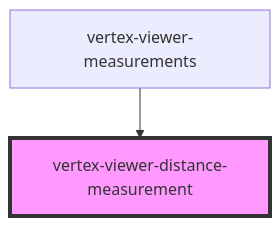
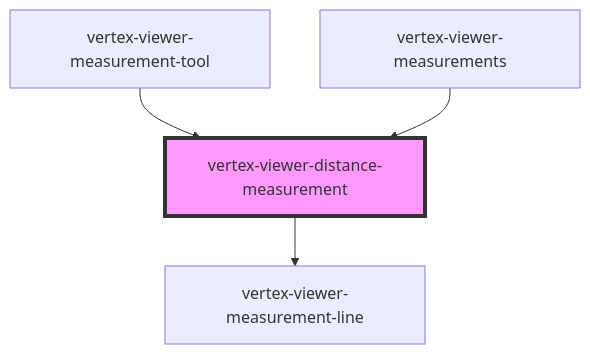
The diagram in packages/viewer/src/components/viewer-distance-measurement/readme.md (Vertexvis/vertex-web-sdk), drawn with Mermaid before and after one commit. The commit also changed other lines of this file and 20 other files, not shown here.

````diff
--- a/packages/viewer/src/components/viewer-distance-measurement/readme.md
+++ b/packages/viewer/src/components/viewer-distance-measurement/readme.md
@@ -191,5 +199,7 @@
 ```mermaid
 graph TD;
+  vertex-viewer-distance-measurement --> vertex-viewer-measurement-line
+  vertex-viewer-measurement-tool --> vertex-viewer-distance-measurement
   vertex-viewer-measurements --> vertex-viewer-distance-measurement
   style vertex-viewer-distance-measurement fill:#f9f,stroke:#333,stroke-width:4px
 ```
````
